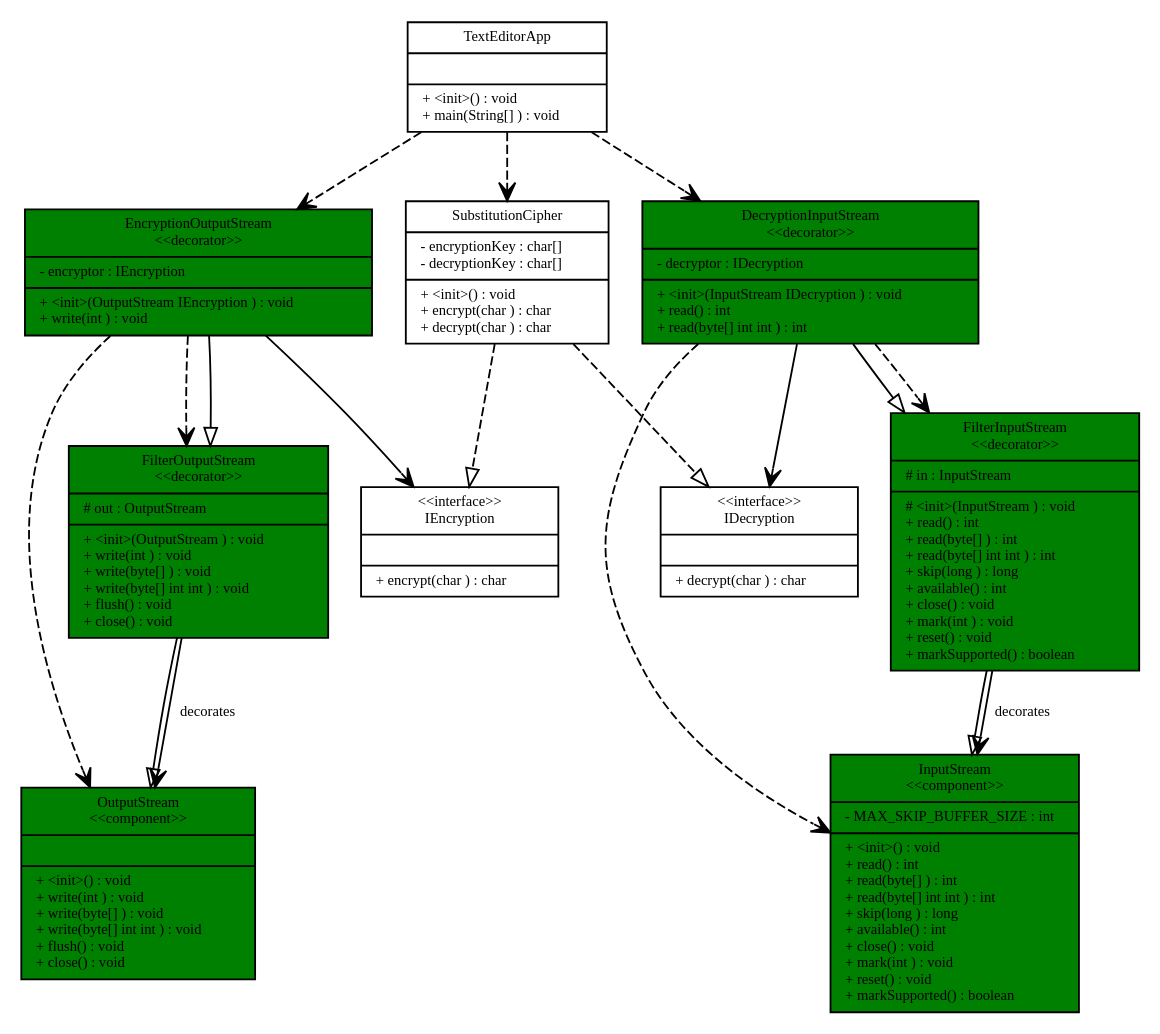
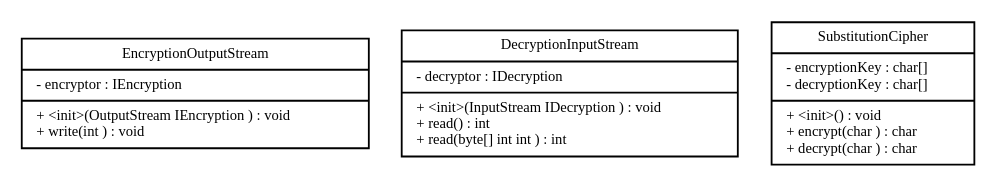
The diagram in GUI/input-output/GVOutput.dot (Soriold/CSSE374-Eleven), drawn with Graphviz before and after one commit. The commit also changed 9 other files, not shown here.

```diff
--- a/GUI/input-output/GVOutput.dot
+++ b/GUI/input-output/GVOutput.dot
@@ -1,98 +1,18 @@
 digraph G {fontname = "Bitstream Vera Sans" fontsize = 8
- node [fontname ="Bitstream Vera Sans" fontsize = 8 shape = "record"] edge [fontname = "Bitstream Vera Sans" fontsize = 8]DecryptionInputStream[style=filled fillcolor=green label = "{DecryptionInputStream\n\<\<decorator\>\>|- decryptor : IDecryption\l
+ node [fontname ="Bitstream Vera Sans" fontsize = 8 shape = "record"] edge [fontname = "Bitstream Vera Sans" fontsize = 8]EncryptionOutputStream[ label = "{EncryptionOutputStream|- encryptor : IEncryption\l
+|+ \<init\>(OutputStream IEncryption ) : void\l
++ write(int ) : void\l
+}"]
+DecryptionInputStream[ label = "{DecryptionInputStream|- decryptor : IDecryption\l
 |+ \<init\>(InputStream IDecryption ) : void\l
 + read() : int\l
 + read(byte[] int int ) : int\l
-}"]
-EncryptionOutputStream[style=filled fillcolor=green label = "{EncryptionOutputStream\n\<\<decorator\>\>|- encryptor : IEncryption\l
-|+ \<init\>(OutputStream IEncryption ) : void\l
-+ write(int ) : void\l
-}"]
-IDecryption[ label = "{\<\<interface\>\>\nIDecryption||+ decrypt(char ) : char\l
-}"]
-IEncryption[ label = "{\<\<interface\>\>\nIEncryption||+ encrypt(char ) : char\l
 }"]
 SubstitutionCipher[ label = "{SubstitutionCipher|- encryptionKey : char[]\l
 - decryptionKey : char[]\l
 |+ \<init\>() : void\l
 + encrypt(char ) : char\l
 + decrypt(char ) : char\l
 }"]
-TextEditorApp[ label = "{TextEditorApp||+ \<init\>() : void\l
-+ main(String[] ) : void\l
-}"]
-FilterInputStream[style=filled fillcolor=green label = "{FilterInputStream\n\<\<decorator\>\>|# in : InputStream\l
-|# \<init\>(InputStream ) : void\l
-+ read() : int\l
-+ read(byte[] ) : int\l
-+ read(byte[] int int ) : int\l
-+ skip(long ) : long\l
-+ available() : int\l
-+ close() : void\l
-+ mark(int ) : void\l
-+ reset() : void\l
-+ markSupported() : boolean\l
-}"]
-FilterOutputStream[style=filled fillcolor=green label = "{FilterOutputStream\n\<\<decorator\>\>|# out : OutputStream\l
-|+ \<init\>(OutputStream ) : void\l
-+ write(int ) : void\l
-+ write(byte[] ) : void\l
-+ write(byte[] int int ) : void\l
-+ flush() : void\l
-+ close() : void\l
-}"]
-InputStream[style=filled fillcolor=green label = "{InputStream\n\<\<component\>\>|- MAX_SKIP_BUFFER_SIZE : int\l
-|+ \<init\>() : void\l
-+ read() : int\l
-+ read(byte[] ) : int\l
-+ read(byte[] int int ) : int\l
-+ skip(long ) : long\l
-+ available() : int\l
-+ close() : void\l
-+ mark(int ) : void\l
-+ reset() : void\l
-+ markSupported() : boolean\l
-}"]
-OutputStream[style=filled fillcolor=green label = "{OutputStream\n\<\<component\>\>||+ \<init\>() : void\l
-+ write(int ) : void\l
-+ write(byte[] ) : void\l
-+ write(byte[] int int ) : void\l
-+ flush() : void\l
-+ close() : void\l
-}"]
- edge [ arrowhead = onormal style = solid  label=""]
- DecryptionInputStream -> FilterInputStream
- edge [ arrowhead = vee style = dashed  label=""]
- EncryptionOutputStream -> FilterOutputStream
- edge [ arrowhead = vee style = dashed  label=""]
- TextEditorApp -> DecryptionInputStream
- edge [ arrowhead = onormal style = dashed  label=""]
- SubstitutionCipher -> IEncryption
- edge [ arrowhead = onormal style = solid  label=""]
- FilterInputStream -> InputStream
- edge [ arrowhead = vee style = solid  label=""]
- EncryptionOutputStream -> IEncryption
- edge [ arrowhead = vee style = solid  label="decorates" ]
- FilterInputStream -> InputStream
- edge [ arrowhead = vee style = dashed  label=""]
- EncryptionOutputStream -> OutputStream
- edge [ arrowhead = vee style = solid  label=""]
- DecryptionInputStream -> IDecryption
- edge [ arrowhead = onormal style = solid  label=""]
- EncryptionOutputStream -> FilterOutputStream
- edge [ arrowhead = vee style = dashed  label=""]
- DecryptionInputStream -> InputStream
- edge [ arrowhead = vee style = solid  label="decorates" ]
- FilterOutputStream -> OutputStream
- edge [ arrowhead = vee style = dashed  label=""]
- TextEditorApp -> SubstitutionCipher
- edge [ arrowhead = onormal style = solid  label=""]
- FilterOutputStream -> OutputStream
- edge [ arrowhead = vee style = dashed  label=""]
- TextEditorApp -> EncryptionOutputStream
- edge [ arrowhead = onormal style = dashed  label=""]
- SubstitutionCipher -> IDecryption
- edge [ arrowhead = vee style = dashed  label=""]
- DecryptionInputStream -> FilterInputStream
 
 }
```
